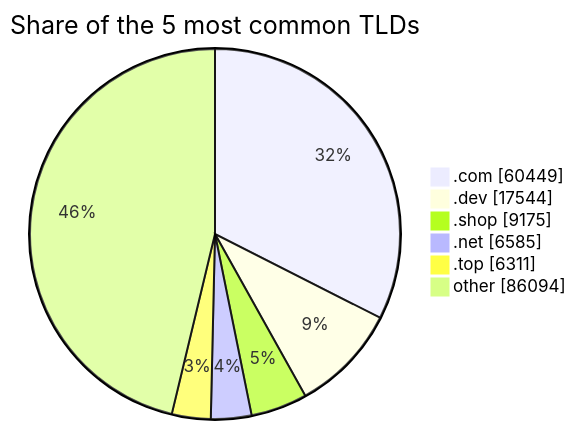
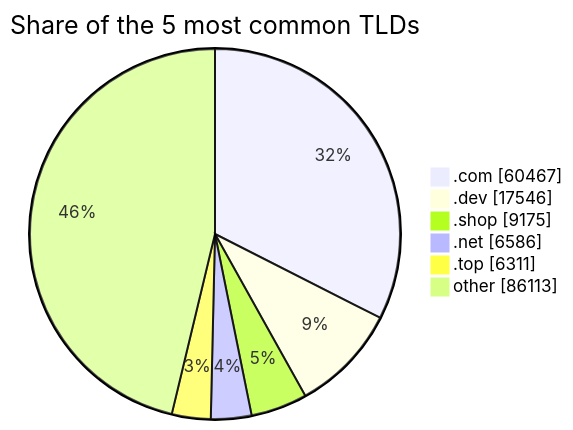
Before and after one commit to DNSBunker/CTI: the third of 3 diagrams in README.md, drawn with Mermaid. The commit also changed other lines of this file and 3 other files, not shown here.

````diff
--- a/README.md
+++ b/README.md
@@ -81,9 +81,9 @@
 ```mermaid
 pie showData title Share of the 5 most common TLDs
-    ".com" : 60449
-    ".dev" : 17544
+    ".com" : 60467
+    ".dev" : 17546
     ".shop" : 9175
-    ".net" : 6585
+    ".net" : 6586
     ".top" : 6311
-    "other" : 86094
+    "other" : 86113
 ```
````
